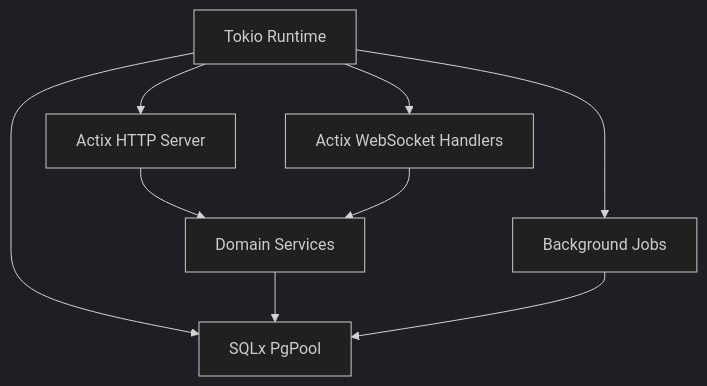
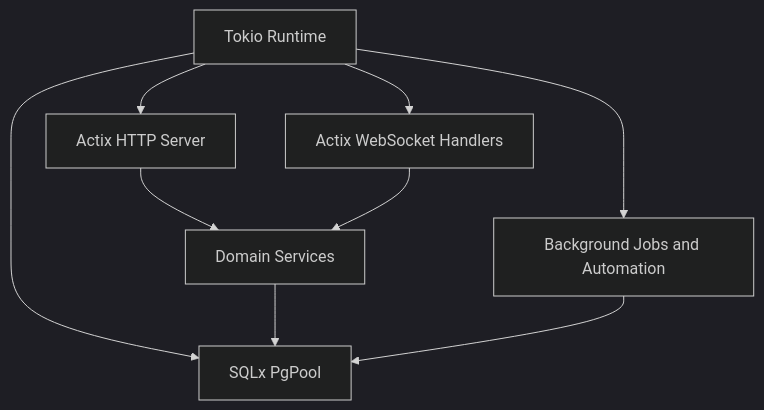
The diagram in docs/spec/architecture/runtime.md (lkjsxc/kjxlkj), drawn with Mermaid (dark theme) before and after one commit. The commit also changed other lines of this file and 97 other files, not shown here.

````diff
--- a/docs/spec/architecture/runtime.md
+++ b/docs/spec/architecture/runtime.md
@@ -7,13 +7,13 @@
 ```mermaid
 graph TD
-  RT[Tokio Runtime]
-  RT --> HTTP[Actix HTTP Server]
-  RT --> WS[Actix WebSocket Handlers]
-  RT --> BG[Background Jobs]
-  RT --> DBPOOL[SQLx PgPool]
+ RT[Tokio Runtime]
+ RT --> HTTP[Actix HTTP Server]
+ RT --> WS[Actix WebSocket Handlers]
+ RT --> BG[Background Jobs and Automation]
+ RT --> DBPOOL[SQLx PgPool]
 
-  HTTP --> CORE[Domain Services]
-  WS --> CORE
-  CORE --> DBPOOL
-  BG --> DBPOOL
+ HTTP --> CORE[Domain Services]
+ WS --> CORE
+ CORE --> DBPOOL
+ BG --> DBPOOL
 ```
````
